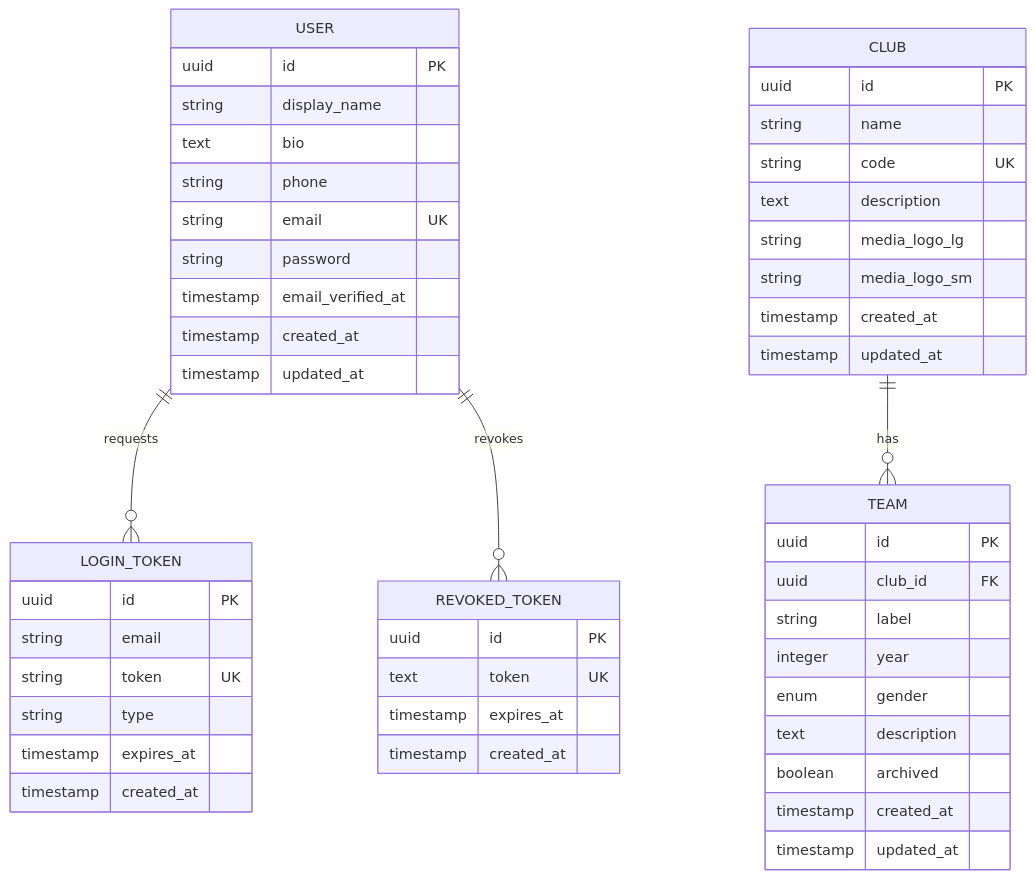
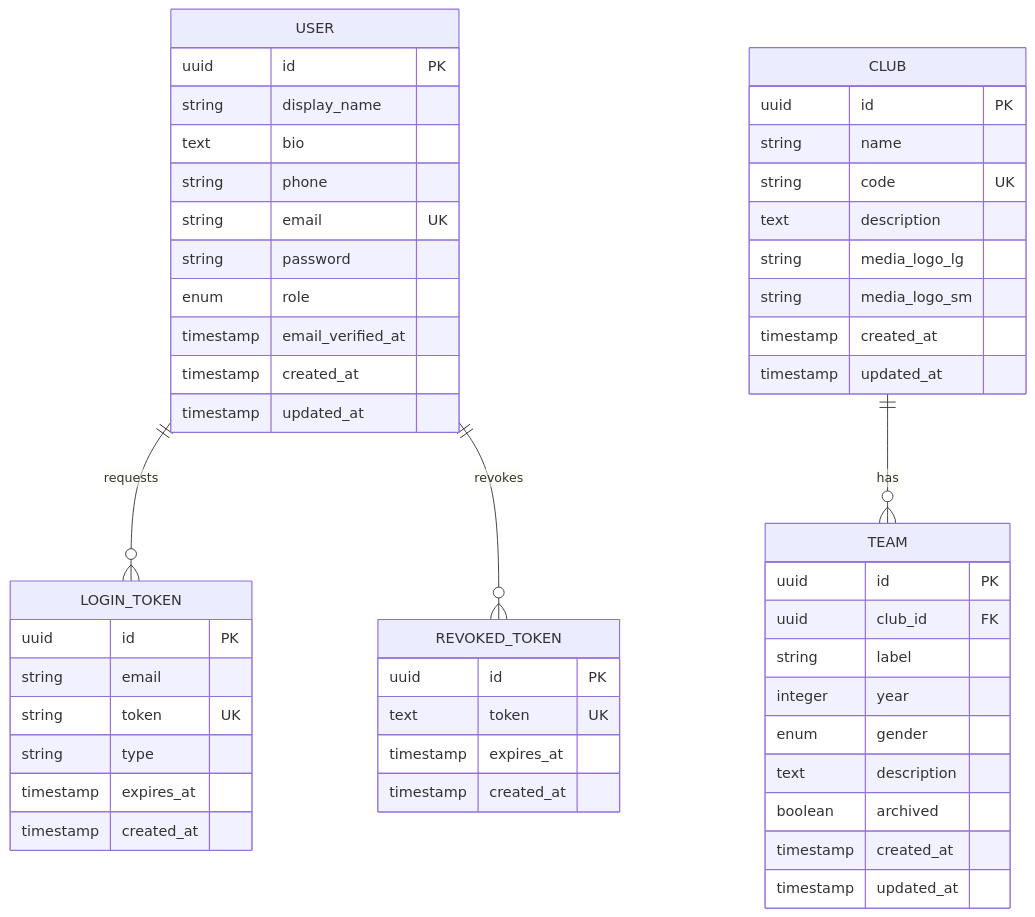
Before and after one commit to antoinefricker/u-club: the diagram in database-diagram.mermaid, drawn with Mermaid. The commit also changed 31 other files, not shown here.

```diff
--- a/database-diagram.mermaid
+++ b/database-diagram.mermaid
@@ -1,57 +1,58 @@
 erDiagram
     USER {
         uuid id PK
         string display_name
         text bio
         string phone
         string email UK
         string password
+        enum role
         timestamp email_verified_at
         timestamp created_at
         timestamp updated_at
     }
 
     LOGIN_TOKEN {
         uuid id PK
         string email
         string token UK
         string type
         timestamp expires_at
         timestamp created_at
     }
 
     CLUB {
         uuid id PK
         string name
         string code UK
         text description
         string media_logo_lg
         string media_logo_sm
         timestamp created_at
         timestamp updated_at
     }
 
     TEAM {
         uuid id PK
         uuid club_id FK
         string label
         integer year
         enum gender
         text description
         boolean archived
         timestamp created_at
         timestamp updated_at
     }
 
     REVOKED_TOKEN {
         uuid id PK
         text token UK
         timestamp expires_at
         timestamp created_at
     }
 
     %% ── Relationships ────────────────────────────────────
 
     USER          ||--o{ LOGIN_TOKEN        : "requests"
     USER          ||--o{ REVOKED_TOKEN      : "revokes"
     CLUB          ||--o{ TEAM               : "has"
```
